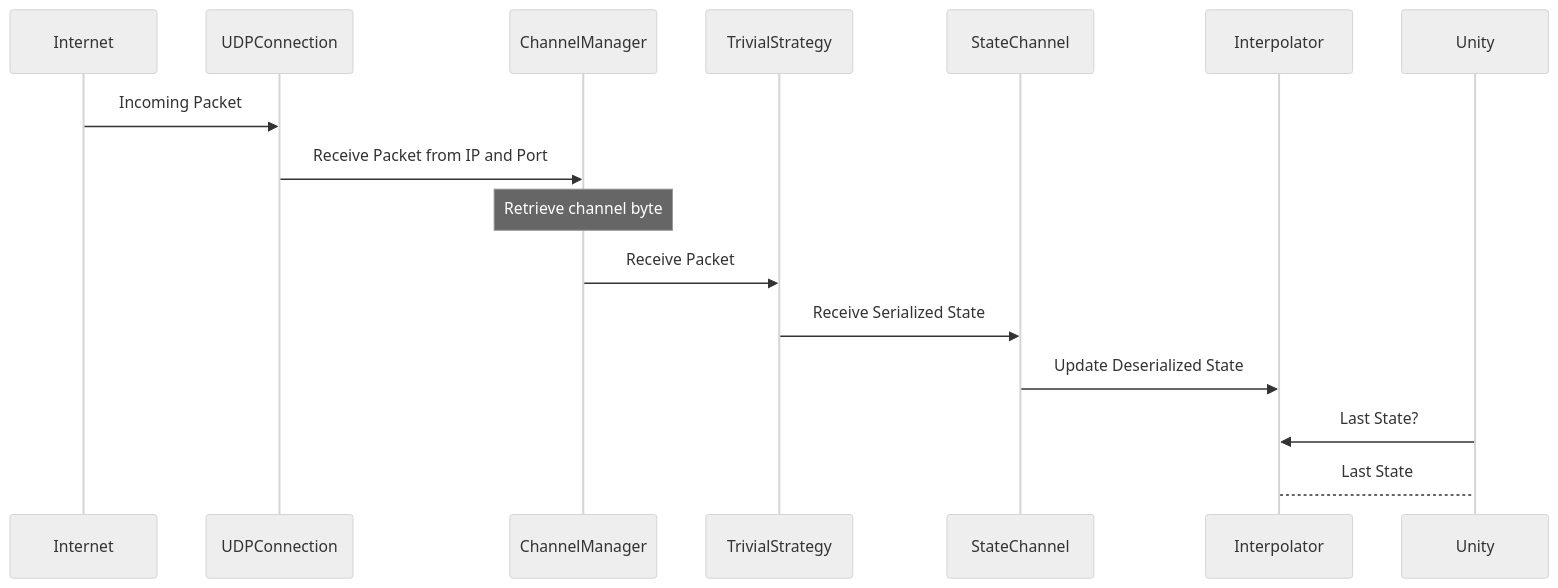
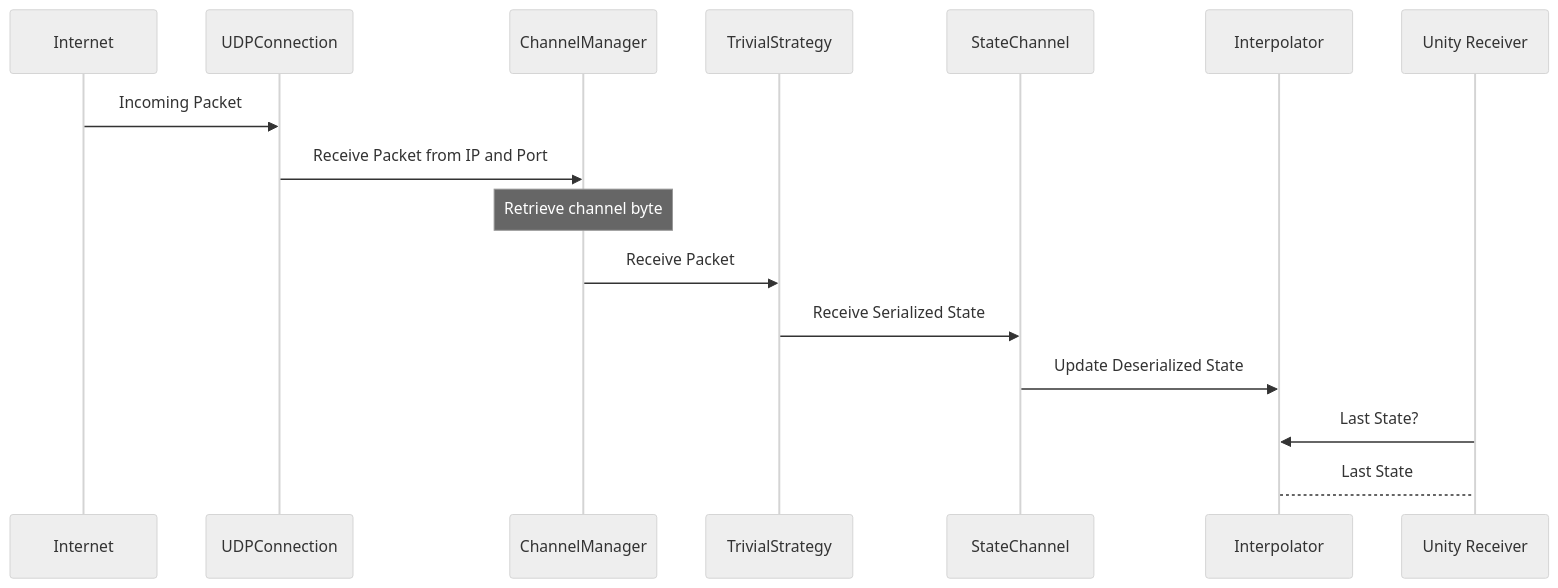
The second of 4 diagrams in README.md (julianrod94/Videojuegos-Avanzados), drawn with Mermaid (neutral theme) before and after one commit. The commit also changed other lines of this file and 1 other file, not shown here.

````diff
--- a/README.md
+++ b/README.md
@@ -13,11 +13,11 @@
 ```mermaid
 sequenceDiagram
 Internet ->> UDPConnection: Incoming Packet
 UDPConnection->>ChannelManager: Receive Packet from IP and Port
 Note over ChannelManager: Retrieve channel byte
 ChannelManager ->> TrivialStrategy: Receive Packet
 TrivialStrategy ->> StateChannel: Receive Serialized State
 StateChannel ->> Interpolator: Update Deserialized State
-Unity ->> Interpolator: Last State?
-Interpolator --> Unity: Last State
+Unity Receiver ->> Interpolator: Last State?
+Interpolator --> Unity Receiver: Last State
 ```
````
